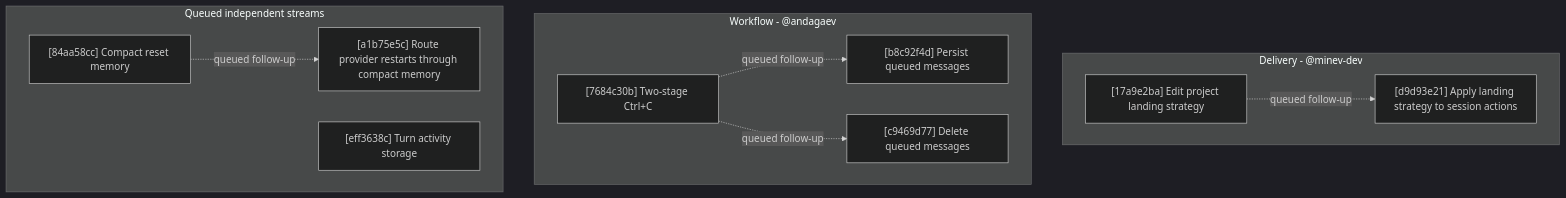
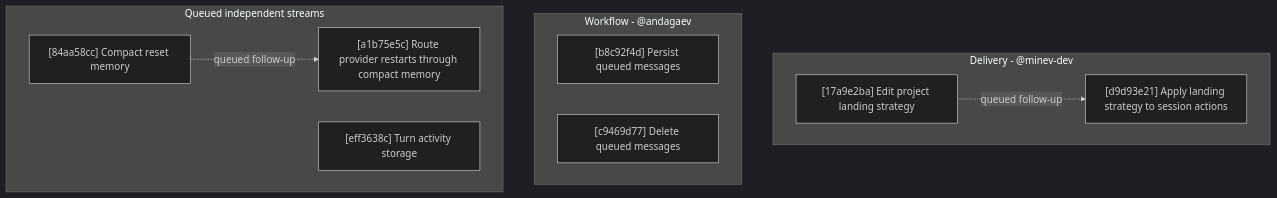
One commit to agentty-xyz/agentty changed the diagram in docs/plan/roadmap.md. Above: the diagram before and after it, drawn with Mermaid (dark theme). The commit also changed other lines of this file and 7 other files, not shown here.

````diff
--- a/docs/plan/roadmap.md
+++ b/docs/plan/roadmap.md
@@ -100,23 +101,20 @@
 ```mermaid
 flowchart TD
     subgraph DeliveryLane["Delivery - @minev-dev"]
         D1["[17a9e2ba] Edit project landing strategy"]
         D2["[d9d93e21] Apply landing strategy to session actions"]
         D1 -. queued follow-up .-> D2
     end
 
     subgraph WorkflowLane["Workflow - @andagaev"]
-        W3["[7684c30b] Two-stage Ctrl+C"]
         W2["[b8c92f4d] Persist queued messages"]
         W4["[c9469d77] Delete queued messages"]
-        W3 -. queued follow-up .-> W2
-        W3 -. queued follow-up .-> W4
     end
 
     subgraph LaterLanes["Queued independent streams"]
         P1["[84aa58cc] Compact reset memory"]
         P2["[a1b75e5c] Route provider restarts through compact memory"]
         S1["[eff3638c] Turn activity storage"]
         P1 -. queued follow-up .-> P2
     end
 ```
````
